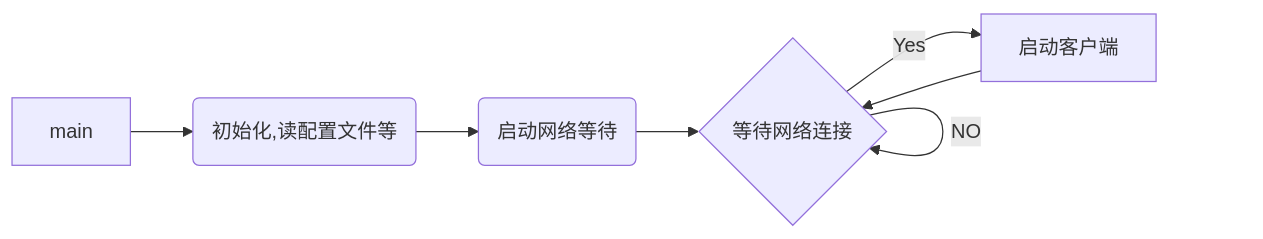
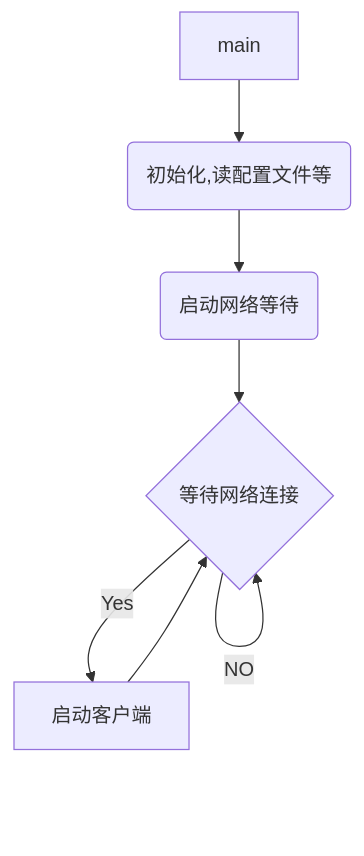
The first of 2 diagrams in _posts/2018-12-24-初见mongodb: 查询源码一撇.md (jackson-zhou/jackson-zhou.github.io), drawn with Mermaid before and after one commit. The commit also changed other lines of this file and 19 other files, not shown here.

```diff
--- a/_posts/2018-12-24-初见mongodb: 查询源码一撇.md
+++ b/_posts/2018-12-24-初见mongodb: 查询源码一撇.md
@@ -20,9 +19,9 @@
 <div class="mermaid">
-graph LR
+graph TB
     main-->init(初始化,读配置文件等)  
     init-->startNetwork(启动网络等待)
     startNetwork-->Accept{等待网络连接}
     Accept-->|Yes| 启动客户端
     Accept-->|NO| Accept
     启动客户端-->Accept
 </div>
```
